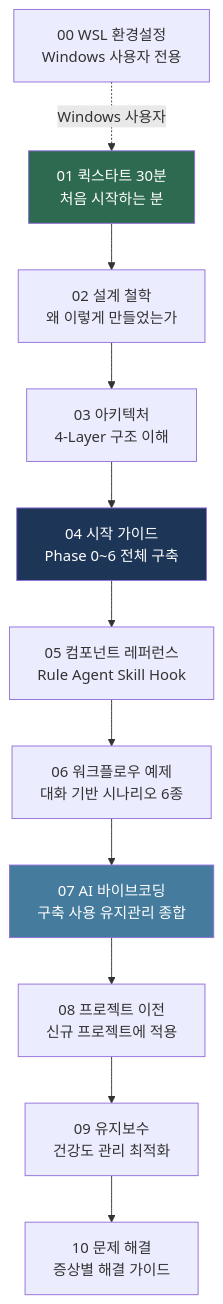
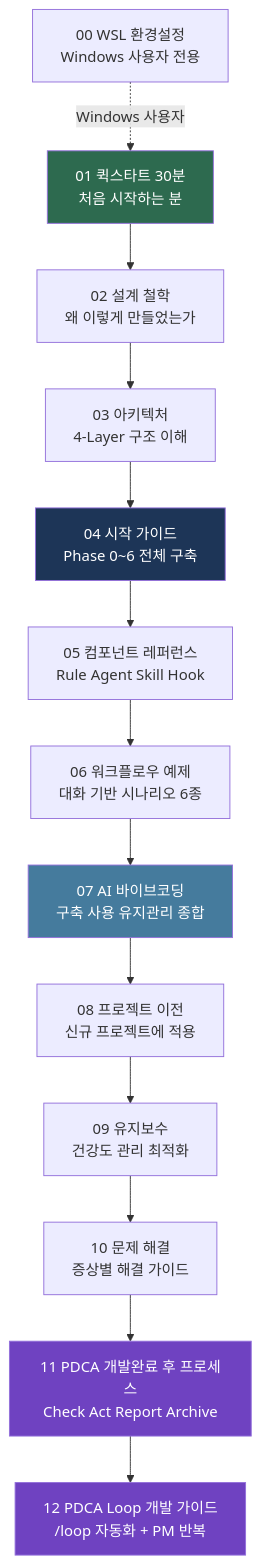
The diagram in guides/README.md (s99606931/allflow), drawn with Mermaid before and after one commit. The commit also changed other lines of this file and 47 other files, not shown here.

First line of the commit message:
feat: complete all-flow FE PDCA 01-10 + BE Phase 7 R1-R5

````diff
--- a/guides/README.md
+++ b/guides/README.md
@@ -14,23 +14,27 @@
 ```mermaid
 flowchart TD
     G00["00 WSL 환경설정<br/>Windows 사용자 전용"]
     G01["01 퀵스타트 30분<br/>처음 시작하는 분"]
     G02["02 설계 철학<br/>왜 이렇게 만들었는가"]
     G03["03 아키텍처<br/>4-Layer 구조 이해"]
     G04["04 시작 가이드<br/>Phase 0~6 전체 구축"]
     G05["05 컴포넌트 레퍼런스<br/>Rule Agent Skill Hook"]
     G06["06 워크플로우 예제<br/>대화 기반 시나리오 6종"]
     G07["07 AI 바이브코딩<br/>구축 사용 유지관리 종합"]
     G08["08 프로젝트 이전<br/>신규 프로젝트에 적용"]
     G09["09 유지보수<br/>건강도 관리 최적화"]
     G10["10 문제 해결<br/>증상별 해결 가이드"]
 
     G00 -.->|"Windows 사용자"| G01
     G01 --> G02 --> G03 --> G04
     G04 --> G05 --> G06 --> G07
     G07 --> G08 --> G09 --> G10
+    G10 --> G11["11 PDCA 개발완료 후 프로세스<br/>Check Act Report Archive"]
+    G11 --> G12["12 PDCA Loop 개발 가이드<br/>/loop 자동화 + PM 반복"]
 
     style G01 fill:#2d6a4f,color:#fff
     style G04 fill:#1d3557,color:#fff
     style G07 fill:#457b9d,color:#fff
+    style G11 fill:#6f42c1,color:#fff
+    style G12 fill:#6f42c1,color:#fff
 ```
````
